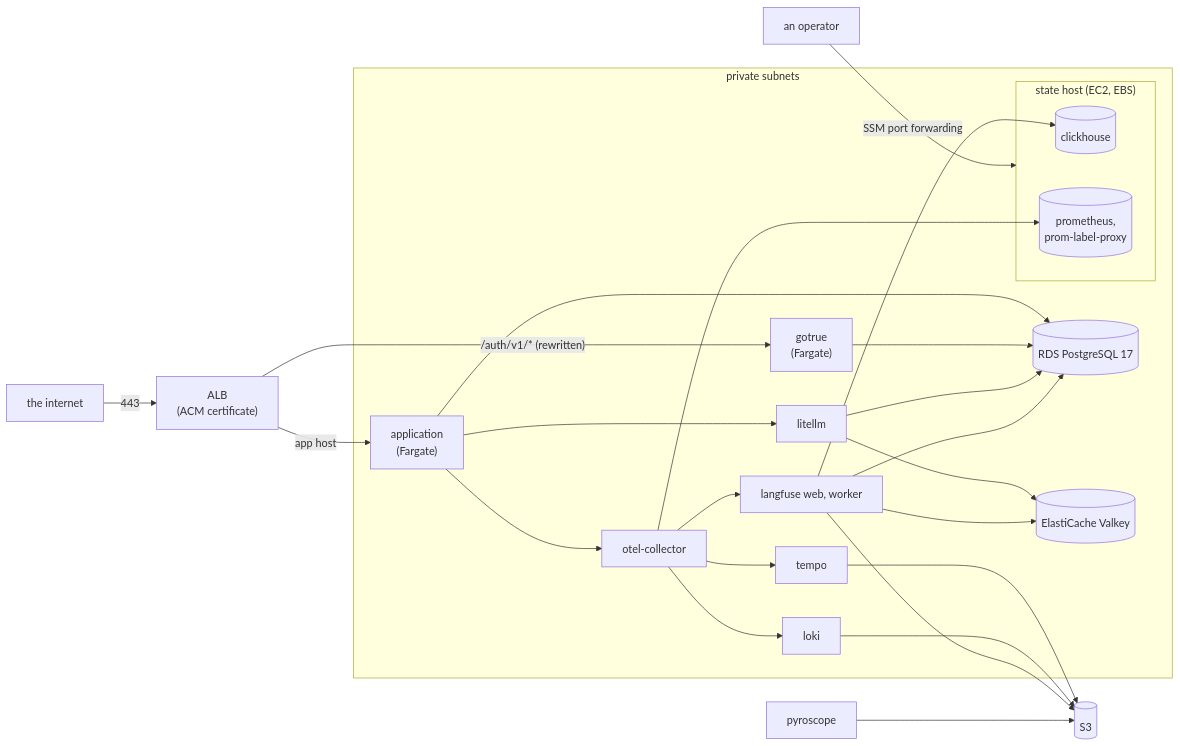
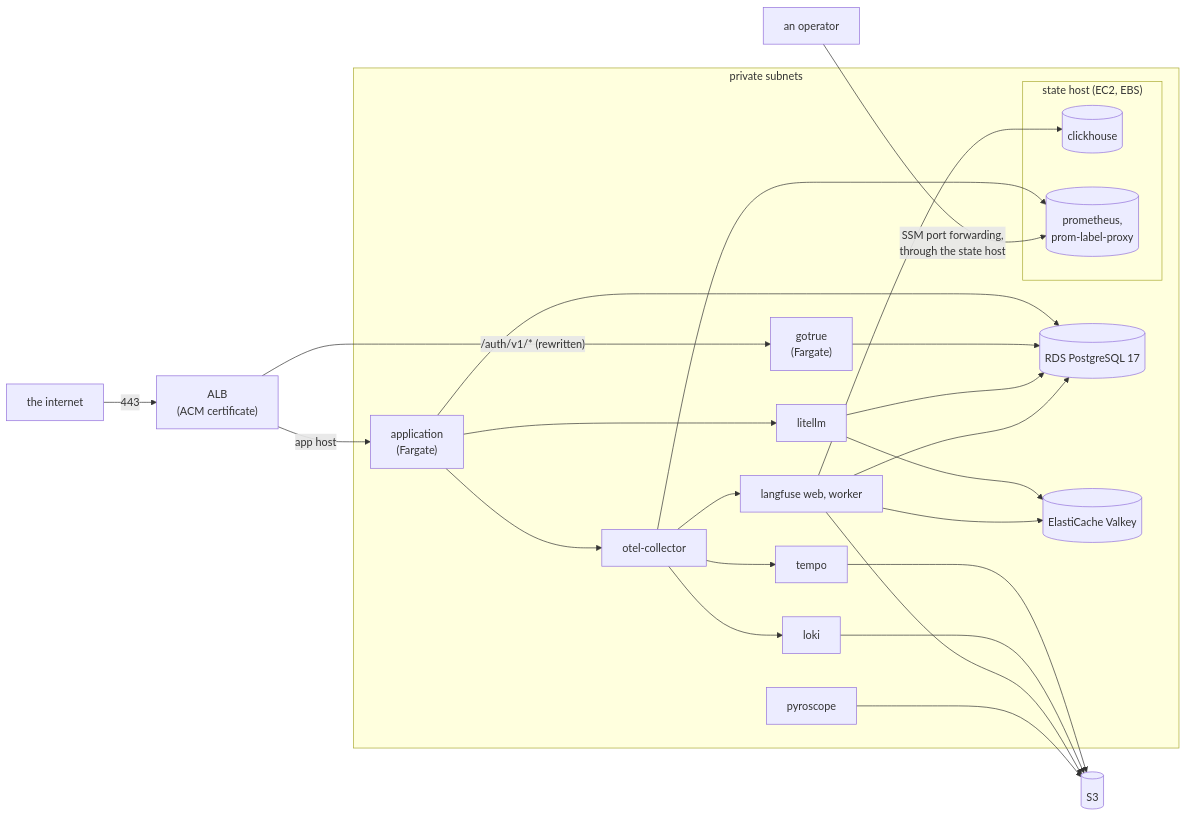
One commit to alexnodeland/lattice changed the second of 2 diagrams in docs/stackr/rfcs/0004-hosting-recipes.md. Above: the diagram before and after it, drawn with Mermaid. The commit also changed other lines of this file, not shown here.

Commit message:
docs(rfc): MinIO stays on loopback on the host, and plainer diagrams

````diff
--- a/docs/stackr/rfcs/0004-hosting-recipes.md
+++ b/docs/stackr/rfcs/0004-hosting-recipes.md
@@ -100,20 +104,28 @@
 ```mermaid
 graph LR
     internet["the internet"] -- "443" --> alb["ALB<br/>(ACM certificate)"]
     alb -- "app host" --> app["application<br/>(Fargate)"]
     alb -- "/auth/v1/* (rewritten)" --> gotrue["gotrue<br/>(Fargate)"]
     subgraph private["private subnets"]
-        app --> litellm["litellm"] & collector["otel-collector"]
-        collector --> tempo["tempo"] & loki["loki"] & langfuse["langfuse web, worker"]
-        app & gotrue & litellm & langfuse --> rds[("RDS PostgreSQL 17")]
-        litellm & langfuse --> valkey[("ElastiCache Valkey")]
+        litellm["litellm"]
+        collector["otel-collector"]
+        tempo["tempo"]
+        loki["loki"]
+        pyroscope["pyroscope"]
+        langfuse["langfuse web, worker"]
+        rds[("RDS PostgreSQL 17")]
+        valkey[("ElastiCache Valkey")]
         subgraph state["state host (EC2, EBS)"]
             clickhouse[("clickhouse")]
             prometheus[("prometheus,<br/>prom-label-proxy")]
         end
-        collector --> prometheus
+        app --> litellm & collector
+        collector --> tempo & loki & langfuse & prometheus
+        app & gotrue & litellm & langfuse --> rds
+        litellm & langfuse --> valkey
         langfuse --> clickhouse
     end
-    tempo & loki & langfuse & pyroscope["pyroscope"] --> s3[("S3")]
-    operator["an operator"] -- "SSM port forwarding" --> state
+    s3[("S3")]
+    tempo & loki & langfuse & pyroscope --> s3
+    operator["an operator"] -- "SSM port forwarding,<br/>through the state host" --> prometheus
 ```
````
